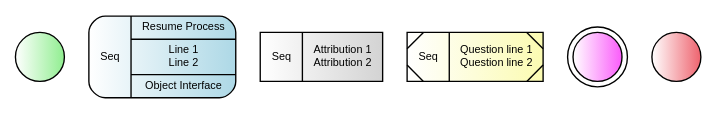
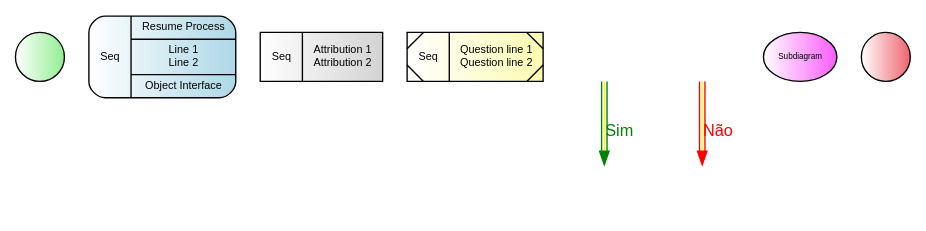
The diagram in templatejde.gv (GiovaniPM/Graphs), drawn with Graphviz before and after one commit. The commit also changed 1 other file, not shown here.

```diff
--- a/templatejde.gv
+++ b/templatejde.gv
@@ -1,45 +1,76 @@
 digraph R {
-    rankdir=TB
     nodeini [
                 shape=circle,
                 style="filled",
                 fillcolor="white:lightgreen",
                 label=""
             ]
     node001 [
                 fontname = "Arial",
                 fontsize = 8,
                 shape=record,
                 style="rounded,filled",
                 fillcolor="white:lightblue"
                 label="Seq|{Resume Process|Line 1\nLine 2|Object Interface}"
             ]
     node002 [
                 fontname = "Arial",
                 fontsize = 8,
                 shape=record,
                 style="filled",
                 fillcolor="white:lightgray"
                 label="Seq|{Attribution 1\nAttribution 2}"
             ]
     node003 [
                 fontname = "Arial",
                 fontsize = 8,
                 shape=record,
                 style="diagonals,filled",
                 fillcolor="white:#fbfbb1"
                 label="Seq|{Question line 1\nQuestion line 2}"
             ]
+    node004 [
+                fontname = "Arial",
+                fontsize = 8,
+                shape = none,
+                style=invisible
+                label=""
+            ]
+    node005 [
+                fontname = "Arial",
+                fontsize = 8,
+                shape = none,
+                style=invisible
+                label=""
+            ]
+    node006 [
+                fontname = "Arial",
+                fontsize = 8,
+                shape = none,
+                style=invisible
+                label=""
+            ]
+    node007 [
+                fontname = "Arial",
+                fontsize = 8,
+                shape = none,
+                style=invisible
+                label=""
+            ]
     nodeint [
-                shape=doublecircle,
+                fontname = "Arial",
+                fontsize = 6,
+                shape=ellipse,
                 style="filled",
                 fillcolor="white:#fa5cfa",
-                label=""
+                label="Subdiagram"
             ]
     nodefin [
                 shape=circle,
                 style="filled",
                 fillcolor="white:#ee636e",
                 label=""
             ]
+    node004 -> node005 [fontname = "Arial", fontsize = 12, fontcolor="green", color="green:yellow:green", label="Sim"]
+    node006 -> node007 [fontname = "Arial", fontsize = 12, fontcolor="red", color="red:yellow:red", label="Não"]
 }
```
